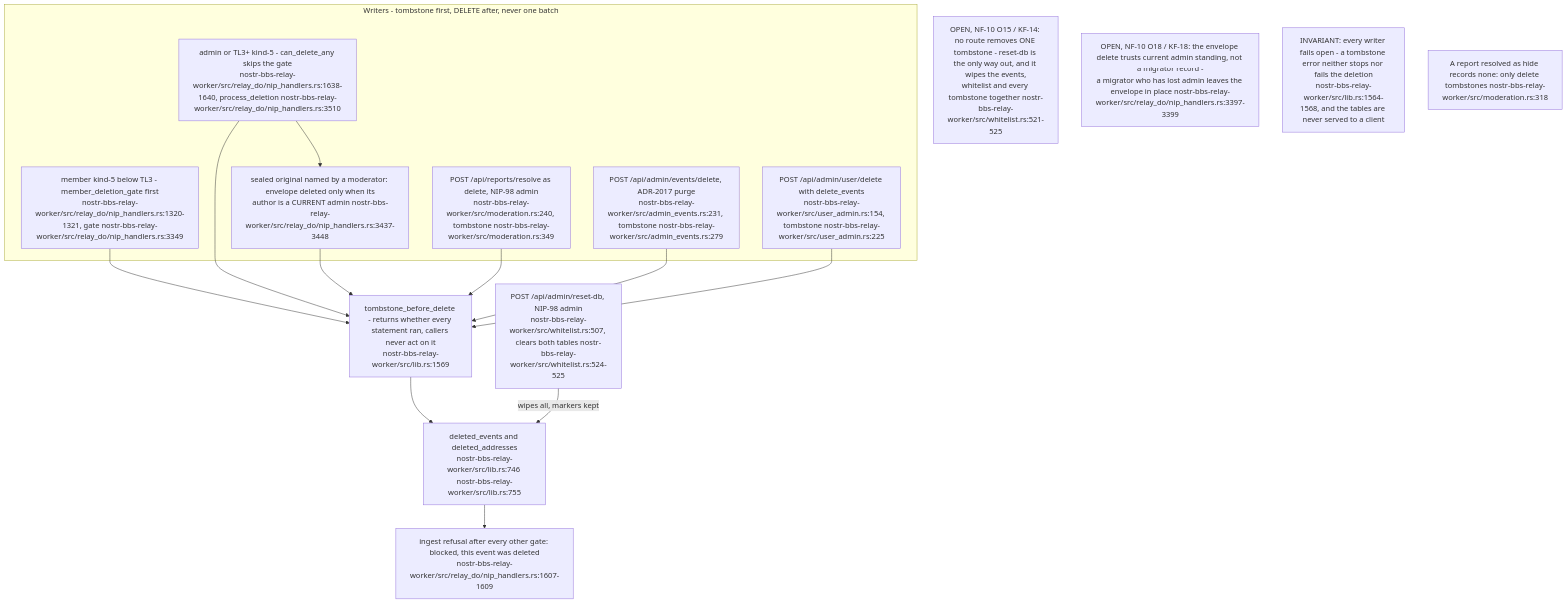
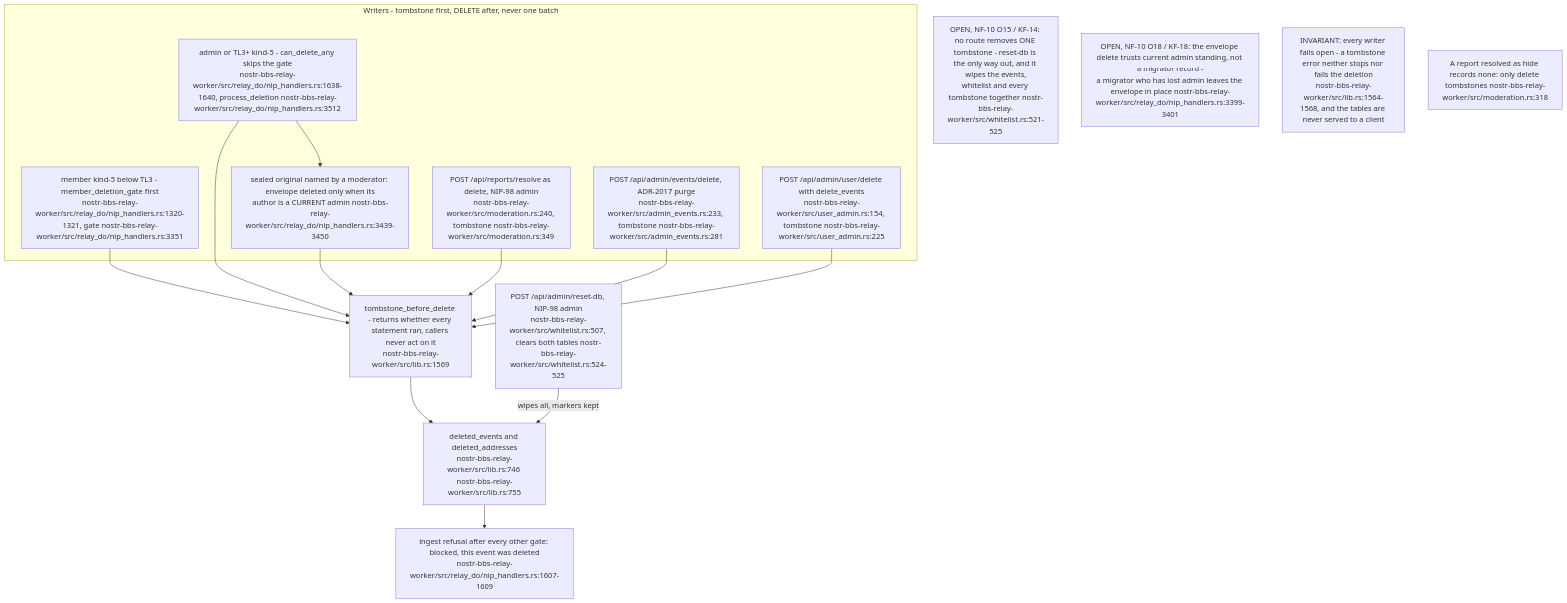
The tenth of 13 diagrams in docs/diagrams/nostr-rust-forum/08-config-zones-stores-and-admin-authority.md (DreamLab-AI/VisionFlow), drawn with Mermaid before and after one commit. The commit also changed other lines of this file and 11 other files, not shown here.

````diff
--- a/docs/diagrams/nostr-rust-forum/08-config-zones-stores-and-admin-authority.md
+++ b/docs/diagrams/nostr-rust-forum/08-config-zones-stores-and-admin-authority.md
@@ -392,29 +393,29 @@
 ```mermaid
 flowchart TB
     subgraph writers["Writers - tombstone first, DELETE after, never one batch"]
-        K5["member kind-5 below TL3 - member_deletion_gate first<br/>nostr-bbs-relay-worker/src/relay_do/nip_handlers.rs:1320-1321, gate nostr-bbs-relay-worker/src/relay_do/nip_handlers.rs:3349"]
-        K5ANY["admin or TL3+ kind-5 - can_delete_any skips the gate<br/>nostr-bbs-relay-worker/src/relay_do/nip_handlers.rs:1638-1640, process_deletion nostr-bbs-relay-worker/src/relay_do/nip_handlers.rs:3510"]
-        ENV["sealed original named by a moderator: envelope deleted only when its<br/>author is a CURRENT admin nostr-bbs-relay-worker/src/relay_do/nip_handlers.rs:3437-3448"]
+        K5["member kind-5 below TL3 - member_deletion_gate first<br/>nostr-bbs-relay-worker/src/relay_do/nip_handlers.rs:1320-1321, gate nostr-bbs-relay-worker/src/relay_do/nip_handlers.rs:3351"]
+        K5ANY["admin or TL3+ kind-5 - can_delete_any skips the gate<br/>nostr-bbs-relay-worker/src/relay_do/nip_handlers.rs:1638-1640, process_deletion nostr-bbs-relay-worker/src/relay_do/nip_handlers.rs:3512"]
+        ENV["sealed original named by a moderator: envelope deleted only when its<br/>author is a CURRENT admin nostr-bbs-relay-worker/src/relay_do/nip_handlers.rs:3439-3450"]
         REP["POST /api/reports/resolve as delete, NIP-98 admin<br/>nostr-bbs-relay-worker/src/moderation.rs:240, tombstone nostr-bbs-relay-worker/src/moderation.rs:349"]
-        PURGE["POST /api/admin/events/delete, ADR-2017 purge<br/>nostr-bbs-relay-worker/src/admin_events.rs:231, tombstone nostr-bbs-relay-worker/src/admin_events.rs:279"]
+        PURGE["POST /api/admin/events/delete, ADR-2017 purge<br/>nostr-bbs-relay-worker/src/admin_events.rs:233, tombstone nostr-bbs-relay-worker/src/admin_events.rs:281"]
         USR["POST /api/admin/user/delete with delete_events<br/>nostr-bbs-relay-worker/src/user_admin.rs:154, tombstone nostr-bbs-relay-worker/src/user_admin.rs:225"]
     end
     TB["deleted_events and deleted_addresses<br/>nostr-bbs-relay-worker/src/lib.rs:746 nostr-bbs-relay-worker/src/lib.rs:755"]
     FN["tombstone_before_delete - returns whether every statement ran, callers never act on it<br/>nostr-bbs-relay-worker/src/lib.rs:1569"]
     ING["ingest refusal after every other gate: blocked, this event was deleted<br/>nostr-bbs-relay-worker/src/relay_do/nip_handlers.rs:1607-1609"]
     RESET["POST /api/admin/reset-db, NIP-98 admin<br/>nostr-bbs-relay-worker/src/whitelist.rs:507, clears both tables nostr-bbs-relay-worker/src/whitelist.rs:524-525"]
 
     K5 --> FN
     K5ANY --> FN
     K5ANY --> ENV --> FN
     REP --> FN
     PURGE --> FN
     USR --> FN
     FN --> TB --> ING
     RESET -->|"wipes all, markers kept"| TB
 
     N1["OPEN, NF-10 O15 / KF-14: no route removes ONE tombstone - reset-db is the only way out, and it wipes the events,<br/>whitelist and every tombstone together nostr-bbs-relay-worker/src/whitelist.rs:521-525"]
-    N2["OPEN, NF-10 O18 / KF-18: the envelope delete trusts current admin standing, not a migrator record -<br/>a migrator who has lost admin leaves the envelope in place nostr-bbs-relay-worker/src/relay_do/nip_handlers.rs:3397-3399"]
+    N2["OPEN, NF-10 O18 / KF-18: the envelope delete trusts current admin standing, not a migrator record -<br/>a migrator who has lost admin leaves the envelope in place nostr-bbs-relay-worker/src/relay_do/nip_handlers.rs:3399-3401"]
     N3["INVARIANT: every writer fails open - a tombstone error neither stops nor fails the deletion<br/>nostr-bbs-relay-worker/src/lib.rs:1564-1568, and the tables are never served to a client"]
     N4["A report resolved as hide records none: only delete tombstones nostr-bbs-relay-worker/src/moderation.rs:318"]
 ```
````
